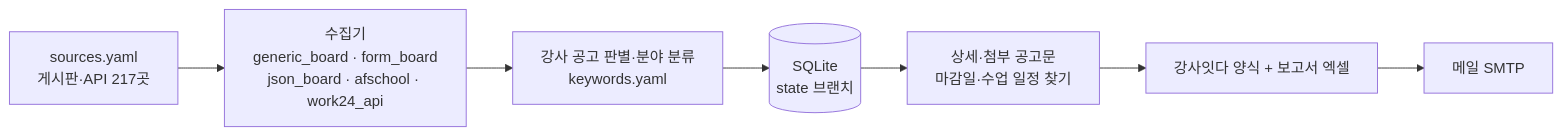
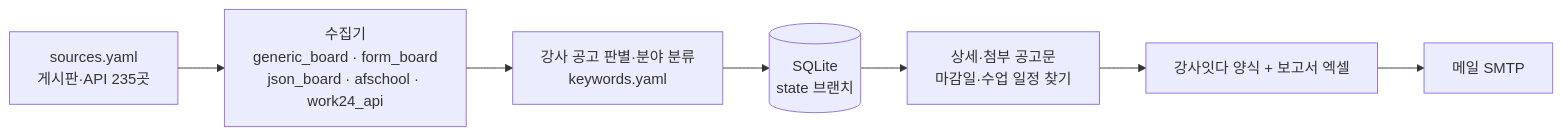
One commit to thskal17-sudo/busan-school-company changed the diagram in docs/DESIGN.md. Above: the diagram before and after it, drawn with Mermaid. The commit also changed other lines of this file and 8 other files, not shown here.

````diff
--- a/docs/DESIGN.md
+++ b/docs/DESIGN.md
@@ -29,9 +29,9 @@
 ```mermaid
 flowchart LR
-    S[sources.yaml<br/>게시판·API 217곳] --> C[수집기<br/>generic_board · form_board<br/>json_board · afschool · work24_api]
+    S[sources.yaml<br/>게시판·API 235곳] --> C[수집기<br/>generic_board · form_board<br/>json_board · afschool · work24_api]
     C --> F[강사 공고 판별·분야 분류<br/>keywords.yaml]
     F --> D[(SQLite<br/>state 브랜치)]
     D --> I[상세·첨부 공고문<br/>마감일·수업 일정 찾기]
     I --> X[강사잇다 양식 + 보고서 엑셀]
     X --> M[메일 SMTP]
 ```
````
